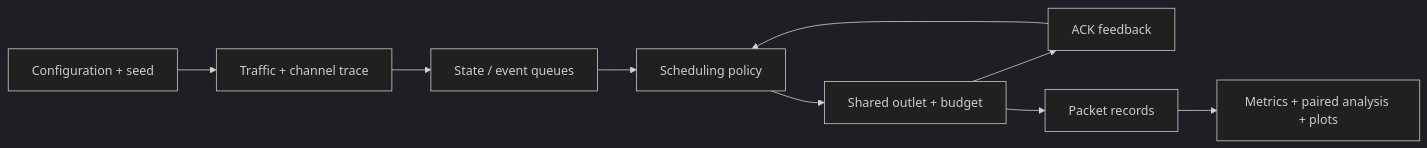
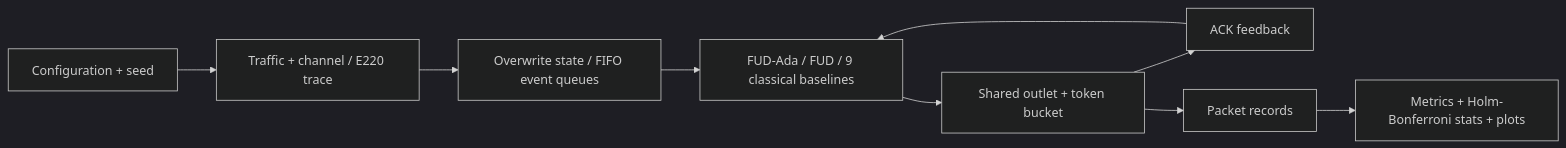
Before and after one commit to Sver0411/NetAdapt-IoT: the diagram in README.md, drawn with Mermaid (dark theme). The commit also changed other lines of this file and 1 other file, not shown here.

````diff
--- a/README.md
+++ b/README.md
@@ -104,11 +44,11 @@
 ```mermaid
 flowchart LR
-    CFG["Configuration + seed"] --> TRACE["Traffic + channel trace"]
-    TRACE --> QUEUE["State / event queues"]
-    QUEUE --> SCHED["Scheduling policy"]
-    SCHED --> LINK["Shared outlet + budget"]
+    CFG["Configuration + seed"] --> TRACE["Traffic + channel / E220 trace"]
+    TRACE --> QUEUE["Overwrite state / FIFO event queues"]
+    QUEUE --> SCHED["FUD-Ada / FUD / 9 classical baselines"]
+    SCHED --> LINK["Shared outlet + token bucket"]
     LINK --> ACK["ACK feedback"]
     ACK --> SCHED
     LINK --> LOG["Packet records"]
-    LOG --> ANALYSIS["Metrics + paired analysis + plots"]
+    LOG --> ANALYSIS["Metrics + Holm-Bonferroni stats + plots"]
 ```
````
